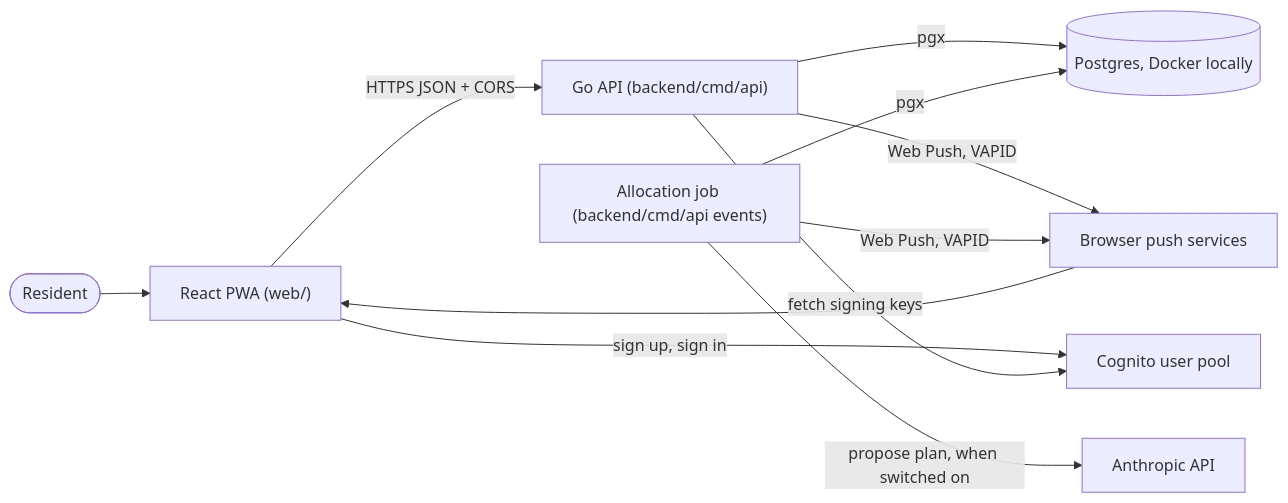
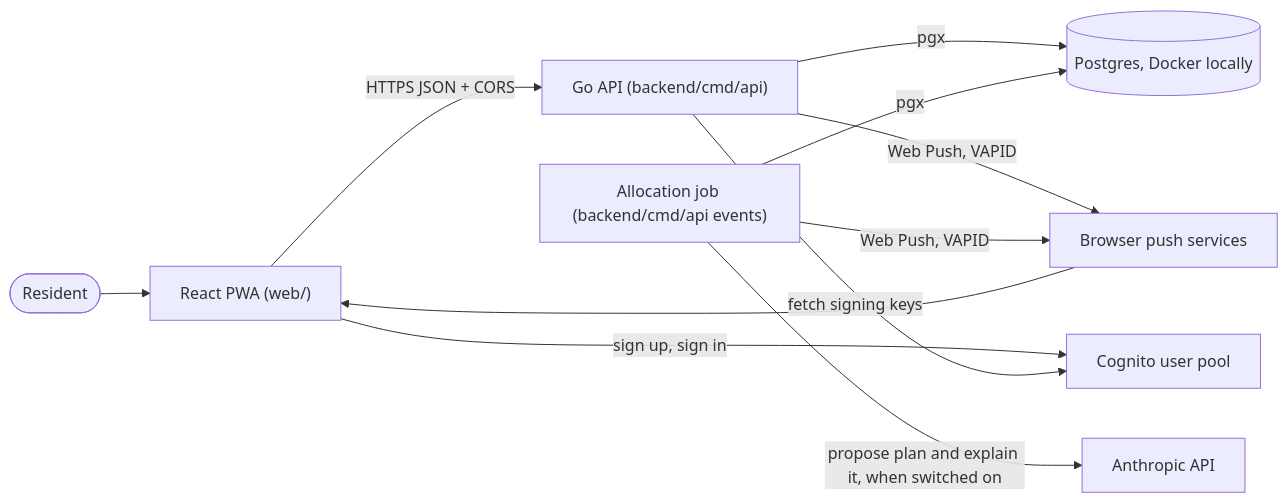
Before and after one commit to AbnerWillclefy/Homeowner: the second of 2 diagrams in docs/architecture/system-context.md, drawn with Mermaid. The commit also changed other lines of this file and 4 other files, not shown here.

Commit message:
docs(architecture): document Day Plan explanations and the 90s job timeout (#28)

````diff
--- a/docs/architecture/system-context.md
+++ b/docs/architecture/system-context.md
@@ -30,22 +30,22 @@
 ```mermaid
 flowchart LR
     R([Resident])
     PWA["React PWA (web/)"]
     API["Go API (backend/cmd/api)"]
     DB[("Postgres, Docker locally")]
     ALLOC["Allocation job (backend/cmd/api events)"]
     COG["Cognito user pool"]
     LLM["Anthropic API"]
     PUSH["Browser push services"]
 
     R --> PWA
     PWA -->|HTTPS JSON + CORS| API
     API -->|pgx| DB
     API -->|Web Push, VAPID| PUSH
     PUSH --> PWA
     PWA -->|sign up, sign in| COG
     API -->|fetch signing keys| COG
     ALLOC -->|pgx| DB
-    ALLOC -->|propose plan, when switched on| LLM
+    ALLOC -->|propose plan and explain it, when switched on| LLM
     ALLOC -->|Web Push, VAPID| PUSH
 ```
````
